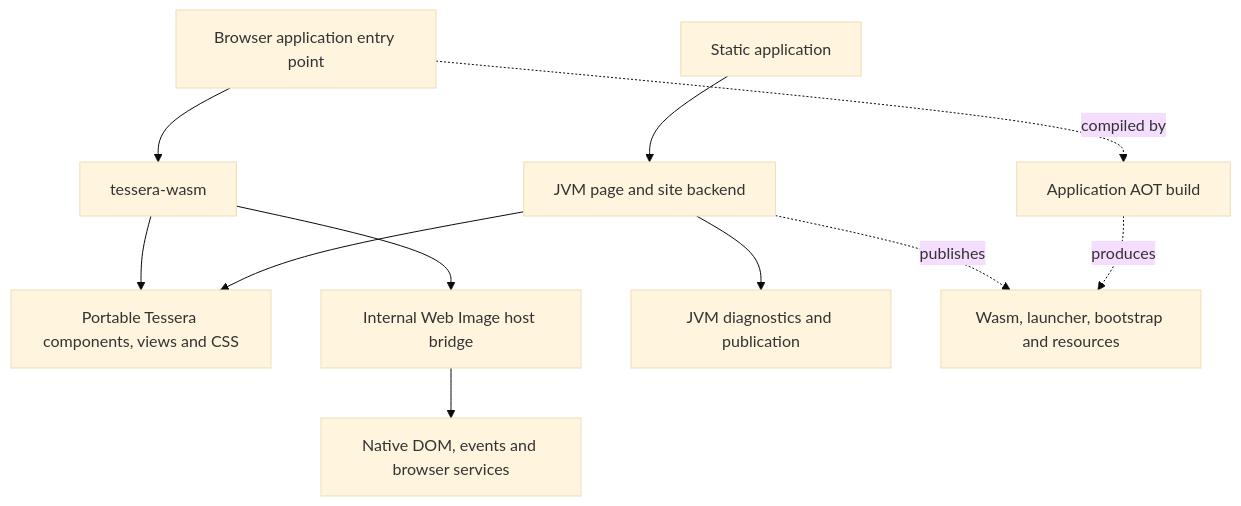
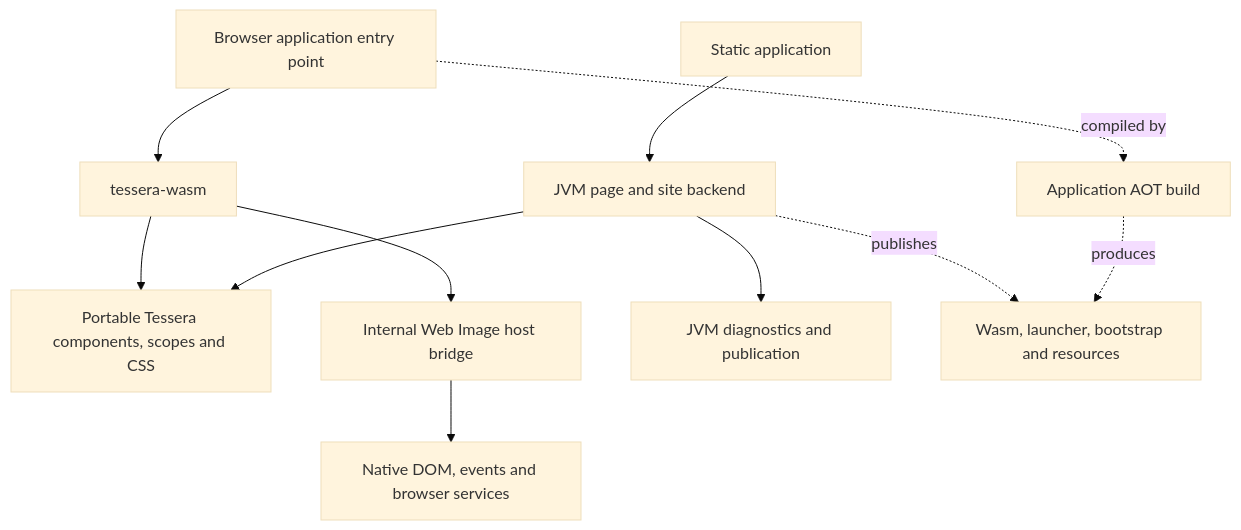
Before and after one commit to thiagogcm/tessera: the first of 2 diagrams in docs/roadmap.md, drawn with Mermaid (base theme). The commit also changed other lines of this file and 136 other files, not shown here.

First line of the commit message:
refactor!: name compiler phases and scopes for what they are

````diff
--- a/docs/roadmap.md
+++ b/docs/roadmap.md
@@ -28,13 +28,13 @@
 ```mermaid
 flowchart TD
     StaticApp[Static application] --> Compiler[JVM page and site backend]
     BrowserApp[Browser application entry point] --> Wasm[tessera-wasm]
-    Compiler --> Shared[Portable Tessera components, views and CSS]
+    Compiler --> Shared[Portable Tessera components, scopes and CSS]
     Wasm --> Shared
     Wasm --> Interop[Internal Web Image host bridge]
     Interop --> DOM[Native DOM, events and browser services]
     Compiler --> JVM[JVM diagnostics and publication]
     Build[Application AOT build] -. produces .-> Bundle[Wasm, launcher, bootstrap and resources]
     BrowserApp -. compiled by .-> Build
     Compiler -. publishes .-> Bundle
 ```
````
